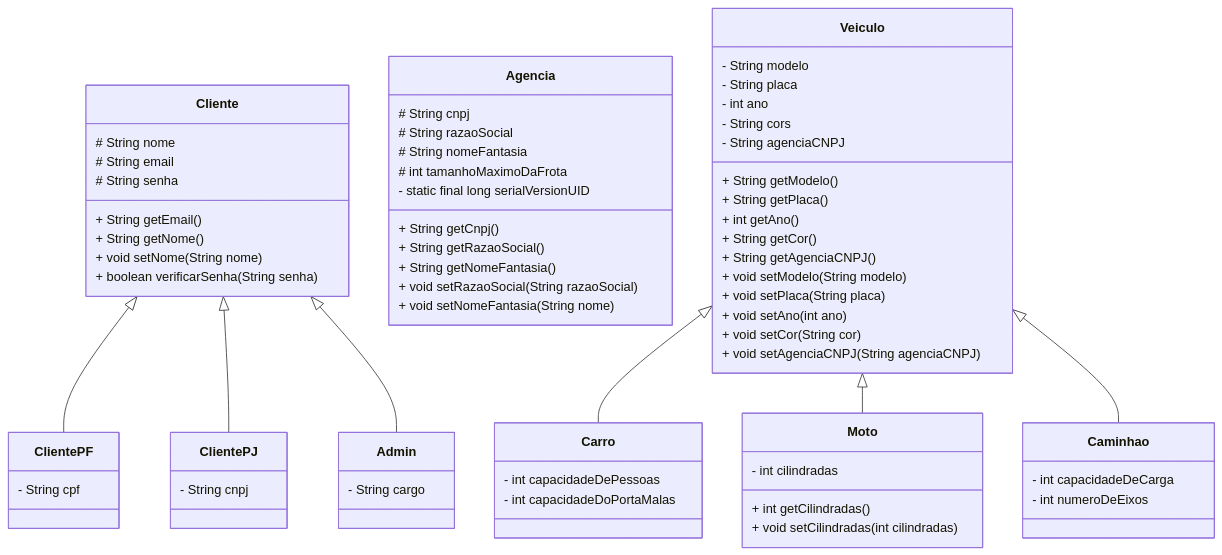
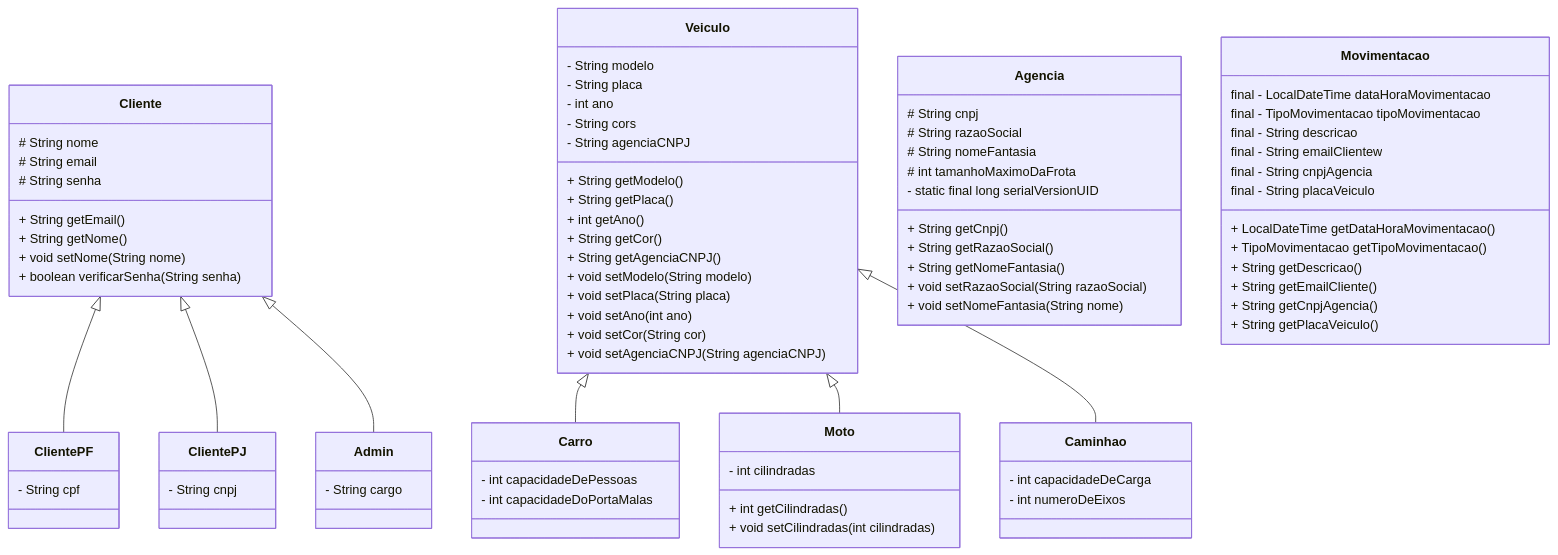
The diagram in README.md (EyzRyder/Locadora-De-Veiculos), drawn with Mermaid before and after one commit.

````diff
--- a/README.md
+++ b/README.md
@@ -6,60 +6,73 @@
 ```mermaid
 classDiagram
 Cliente: # String nome
 Cliente: # String email
 Cliente: # String senha
 Cliente: + String getEmail()
 Cliente: + String getNome()
 Cliente: + void setNome(String nome)
 Cliente: + boolean verificarSenha(String senha)
 
 ClientePJ: - String cnpj
 ClientePF: - String cpf
 Admin: - String cargo
 
 Cliente <|-- ClientePF
 Cliente <|-- ClientePJ
 Cliente <|-- Admin
-
-Agencia: # String cnpj
-Agencia: # String razaoSocial
-Agencia: # String nomeFantasia
-Agencia: # int tamanhoMaximoDaFrota
-Agencia: - static final long serialVersionUID
-Agencia: + String getCnpj()
-Agencia: + String getRazaoSocial()
-Agencia: + String getNomeFantasia()
-Agencia: + void setRazaoSocial(String razaoSocial)
-Agencia: + void setNomeFantasia(String nome)
 
 Veiculo: - String modelo
 Veiculo: - String placa
 Veiculo: - int ano
 Veiculo: - String cors
 Veiculo: - String agenciaCNPJ
 Veiculo: + String getModelo() 
 Veiculo: + String getPlaca() 
 Veiculo: + int getAno() 
 Veiculo: + String getCor() 
 Veiculo: + String getAgenciaCNPJ() 
 Veiculo: + void setModelo(String modelo)
 Veiculo: + void setPlaca(String placa)
 Veiculo: + void setAno(int ano)
 Veiculo: + void setCor(String cor)
 Veiculo: + void setAgenciaCNPJ(String agenciaCNPJ) 
 
 Carro: - int capacidadeDePessoas
 Carro: - int capacidadeDoPortaMalas
 
 Moto: - int cilindradas
 Moto: + int getCilindradas() 
 Moto: + void setCilindradas(int cilindradas)
 
 Caminhao: - int capacidadeDeCarga
 Caminhao: - int numeroDeEixos
 
 Veiculo <|-- Carro
 Veiculo <|-- Moto
 Veiculo <|-- Caminhao
 
+Agencia: # String cnpj
+Agencia: # String razaoSocial
+Agencia: # String nomeFantasia
+Agencia: # int tamanhoMaximoDaFrota
+Agencia: - static final long serialVersionUID
+Agencia: + String getCnpj()
+Agencia: + String getRazaoSocial()
+Agencia: + String getNomeFantasia()
+Agencia: + void setRazaoSocial(String razaoSocial)
+Agencia: + void setNomeFantasia(String nome)
+
+Movimentacao: final - LocalDateTime dataHoraMovimentacao
+Movimentacao: final - TipoMovimentacao tipoMovimentacao
+Movimentacao: final - String descricao
+Movimentacao: final - String emailClientew
+Movimentacao: final - String cnpjAgencia
+Movimentacao: final - String placaVeiculo
+Movimentacao: + LocalDateTime getDataHoraMovimentacao() 
+Movimentacao: + TipoMovimentacao getTipoMovimentacao() 
+Movimentacao: + String getDescricao() 
+Movimentacao: + String getEmailCliente() 
+Movimentacao: + String getCnpjAgencia() 
+Movimentacao: +  String getPlacaVeiculo() 
+
 ```
````
